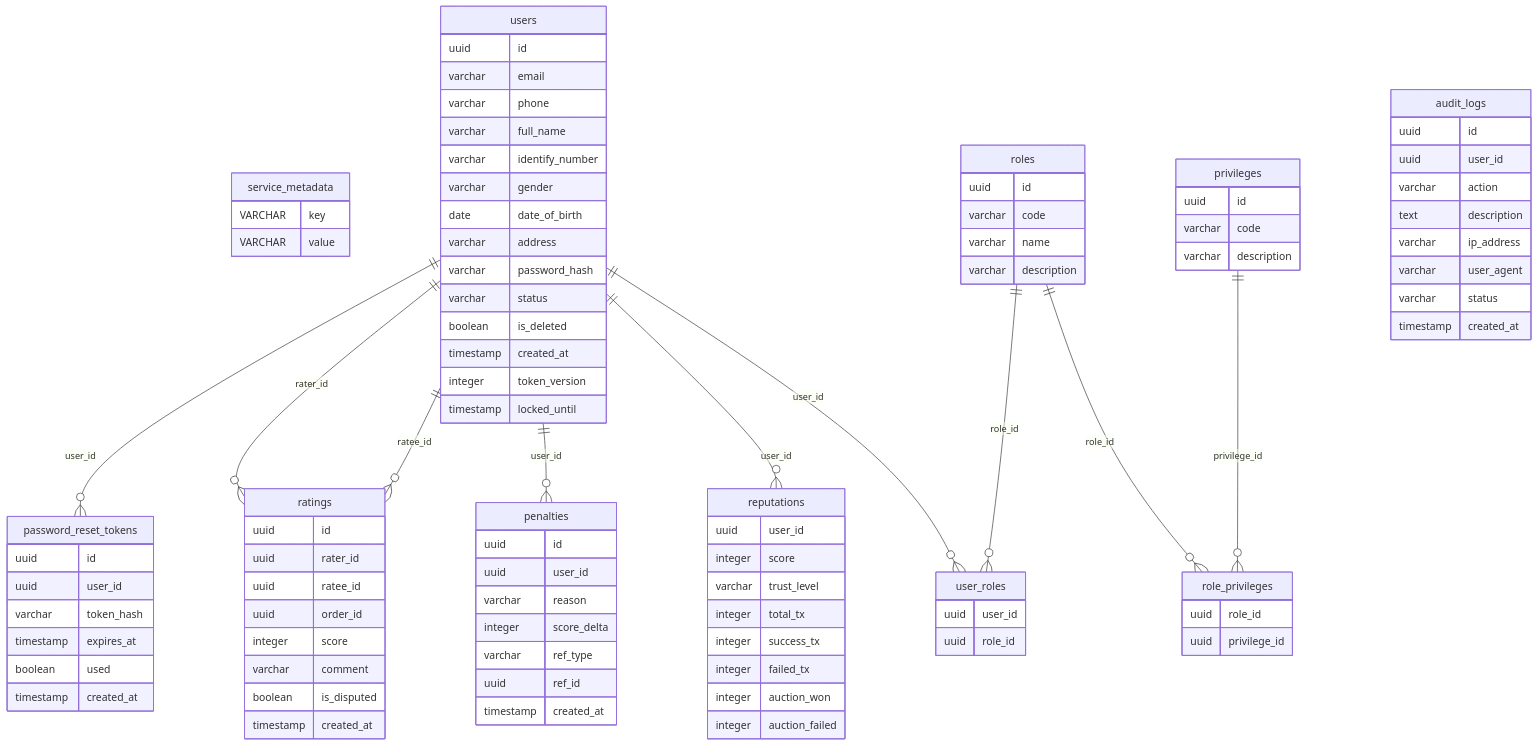
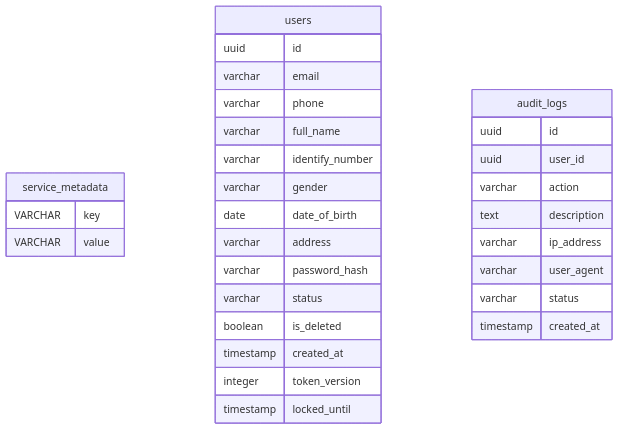
One commit to harry-leon/e-commerce-auction changed the first of 7 diagrams in docs/database/ERD.md. Above: the diagram before and after it, drawn with Mermaid. The commit also changed 32 other files, not shown here.

Commit message:
fix(auth): split user db, integrate keycloak and client password hashing

````diff
--- a/docs/database/ERD.md
+++ b/docs/database/ERD.md
@@ -26,62 +26,6 @@
     integer token_version
     timestamp locked_until
   }
-  roles {
-    uuid id
-    varchar code
-    varchar name
-    varchar description
-  }
-  privileges {
-    uuid id
-    varchar code
-    varchar description
-  }
-  user_roles {
-    uuid user_id
-    uuid role_id
-  }
-  role_privileges {
-    uuid role_id
-    uuid privilege_id
-  }
-  reputations {
-    uuid user_id
-    integer score
-    varchar trust_level
-    integer total_tx
-    integer success_tx
-    integer failed_tx
-    integer auction_won
-    integer auction_failed
-  }
-  penalties {
-    uuid id
-    uuid user_id
-    varchar reason
-    integer score_delta
-    varchar ref_type
-    uuid ref_id
-    timestamp created_at
-  }
-  ratings {
-    uuid id
-    uuid rater_id
-    uuid ratee_id
-    uuid order_id
-    integer score
-    varchar comment
-    boolean is_disputed
-    timestamp created_at
-  }
-  password_reset_tokens {
-    uuid id
-    uuid user_id
-    varchar token_hash
-    timestamp expires_at
-    boolean used
-    timestamp created_at
-  }
   audit_logs {
     uuid id
     uuid user_id
@@ -92,13 +36,5 @@
     varchar status
     timestamp created_at
   }
-  users ||--o{ user_roles : user_id
-  roles ||--o{ user_roles : role_id
-  roles ||--o{ role_privileges : role_id
-  privileges ||--o{ role_privileges : privilege_id
-  users ||--o{ reputations : user_id
-  users ||--o{ penalties : user_id
-  users ||--o{ ratings : rater_id
-  users ||--o{ ratings : ratee_id
-  users ||--o{ password_reset_tokens : user_id
+
 ```
````
